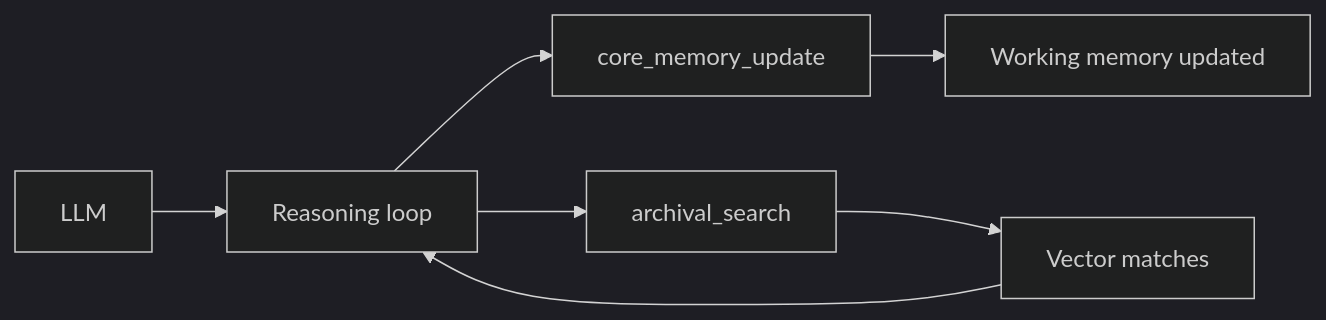
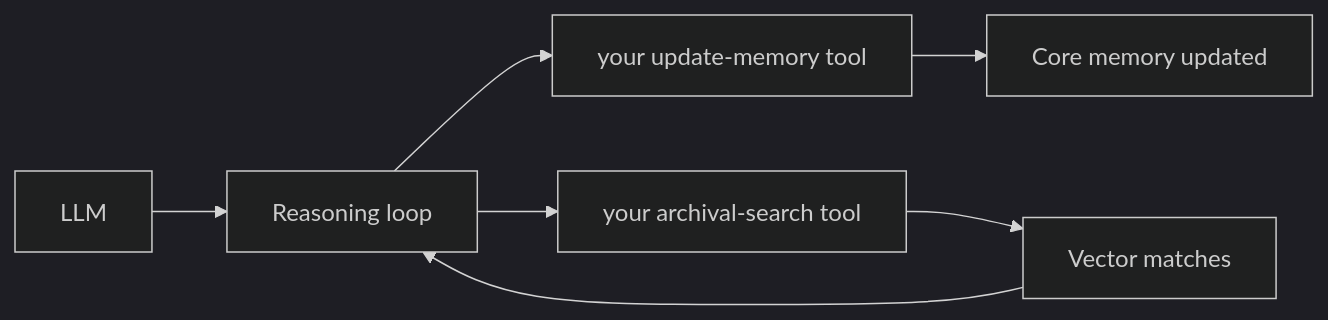
The third of 3 diagrams in src/content/docs/docs/guides/capabilities/memory/memory-system.md (lookatitude/beluga-website), drawn with Mermaid (dark theme) before and after one commit. The commit also changed other lines of this file and 474 other files, not shown here.

````diff
--- a/src/content/docs/docs/guides/capabilities/memory/memory-system.md
+++ b/src/content/docs/docs/guides/capabilities/memory/memory-system.md
@@ -189,9 +217,9 @@
 ```mermaid
 graph LR
   LLM[LLM] --> Think[Reasoning loop]
-  Think --> Tool[core_memory_update]
-  Tool --> WM[Working memory updated]
-  Think --> AS[archival_search]
+  Think --> Tool[your update-memory tool]
+  Tool --> WM[Core memory updated]
+  Think --> AS[your archival-search tool]
   AS --> VM[Vector matches]
   VM --> Think
 ```
````
